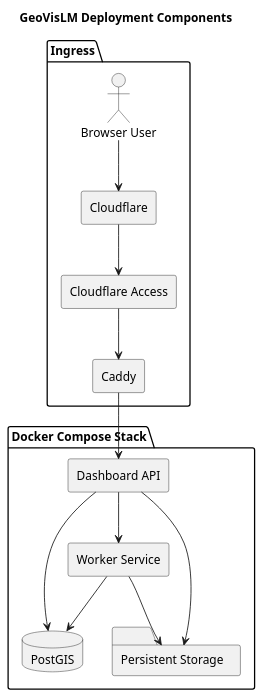
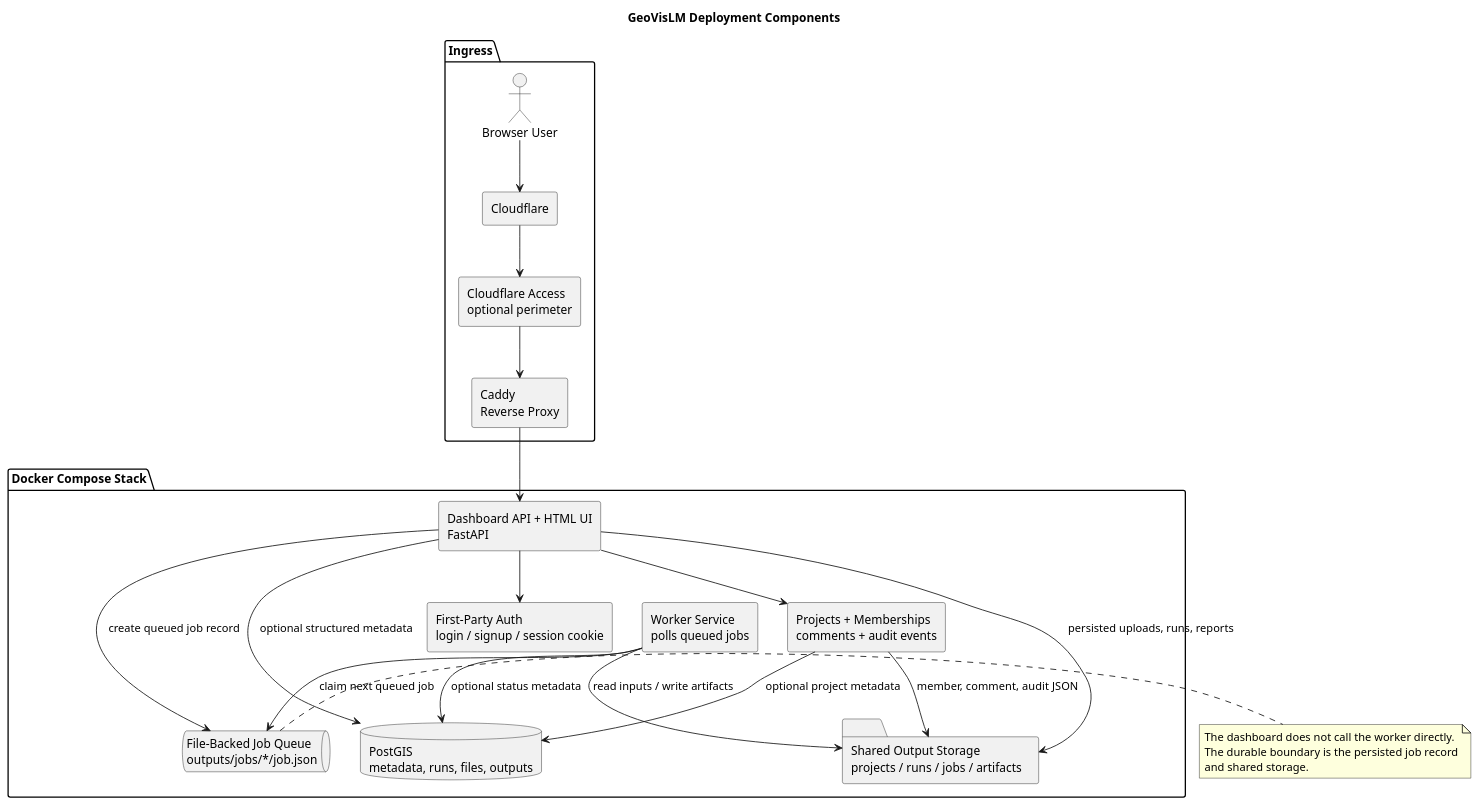
One commit to Ryner88/GeoVisLM changed the diagram in docs/diagrams/plantuml/component_diagram.puml. Above: the diagram before and after it, drawn with PlantUML. The commit also changed 18 other files, not shown here.

Commit message:
Repair GeoMiniLM evaluation protocol and architecture diagrams

```diff
--- a/docs/diagrams/plantuml/component_diagram.puml
+++ b/docs/diagrams/plantuml/component_diagram.puml
@@ -1,31 +1,48 @@
 @startuml
 title GeoVisLM Deployment Components
 
 skinparam componentStyle rectangle
 skinparam shadowing false
 
 package "Ingress" {
   actor "Browser User" as User
   component "Cloudflare" as Cloudflare
-  component "Cloudflare Access" as Access
-  component "Caddy" as Caddy
+  component "Cloudflare Access\noptional perimeter" as Access
+  component "Caddy\nReverse Proxy" as Caddy
 }
 
 package "Docker Compose Stack" {
-  component "Dashboard API" as Dashboard
-  component "Worker Service" as Worker
-  database "PostGIS" as Database
-  folder "Persistent Storage" as Storage
+  component "Dashboard API + HTML UI\nFastAPI" as Dashboard
+  component "First-Party Auth\nlogin / signup / session cookie" as Auth
+  component "Projects + Memberships\ncomments + audit events" as Collaboration
+  component "Worker Service\npolls queued jobs" as Worker
+  database "PostGIS\nmetadata, runs, files, outputs" as Database
+  folder "Shared Output Storage\nprojects / runs / jobs / artifacts" as Storage
+  queue "File-Backed Job Queue\noutputs/jobs/*/job.json" as Jobs
 }
 
 User --> Cloudflare
 Cloudflare --> Access
 Access --> Caddy
 Caddy --> Dashboard
-Dashboard --> Worker
-Dashboard --> Database
-Worker --> Database
-Dashboard --> Storage
-Worker --> Storage
+
+Dashboard --> Auth
+Dashboard --> Collaboration
+Dashboard --> Database : optional structured metadata
+Dashboard --> Storage : persisted uploads, runs, reports
+Dashboard --> Jobs : create queued job record
+
+Worker --> Jobs : claim next queued job
+Worker --> Storage : read inputs / write artifacts
+Worker --> Database : optional status metadata
+
+Collaboration --> Storage : member, comment, audit JSON
+Collaboration --> Database : optional project metadata
+
+note right of Jobs
+The dashboard does not call the worker directly.
+The durable boundary is the persisted job record
+and shared storage.
+end note
 
 @enduml
```
